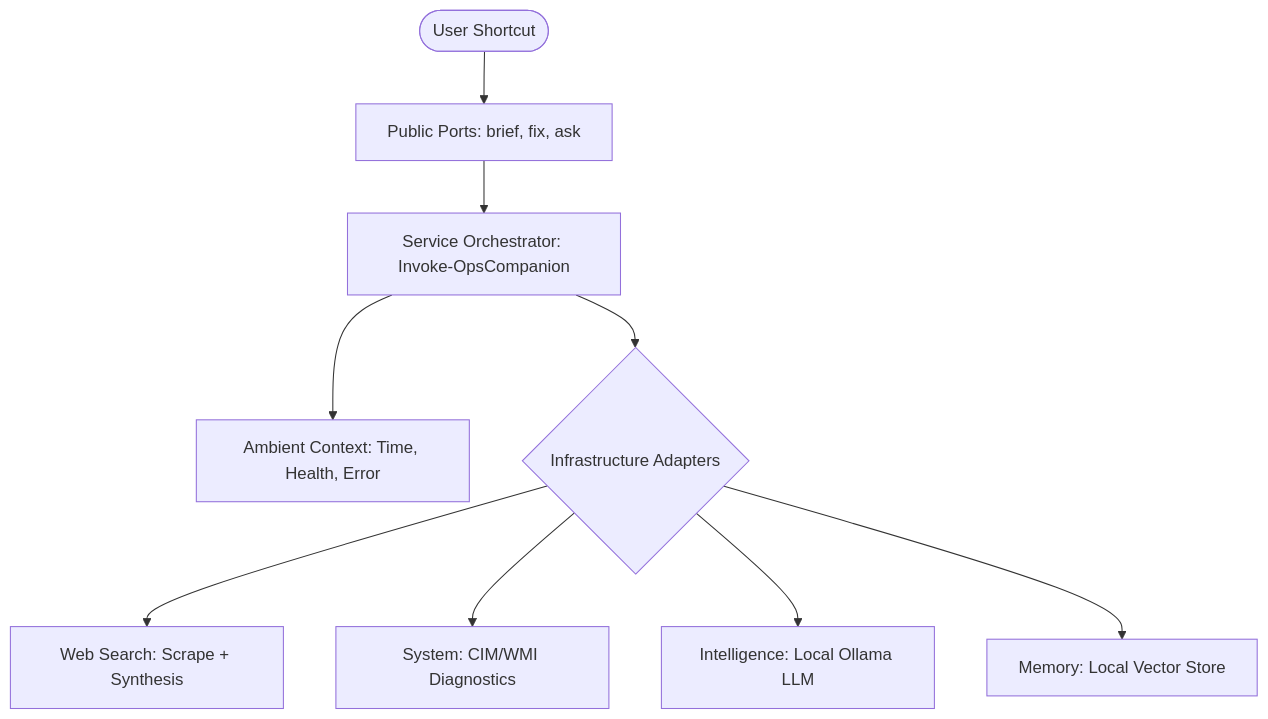
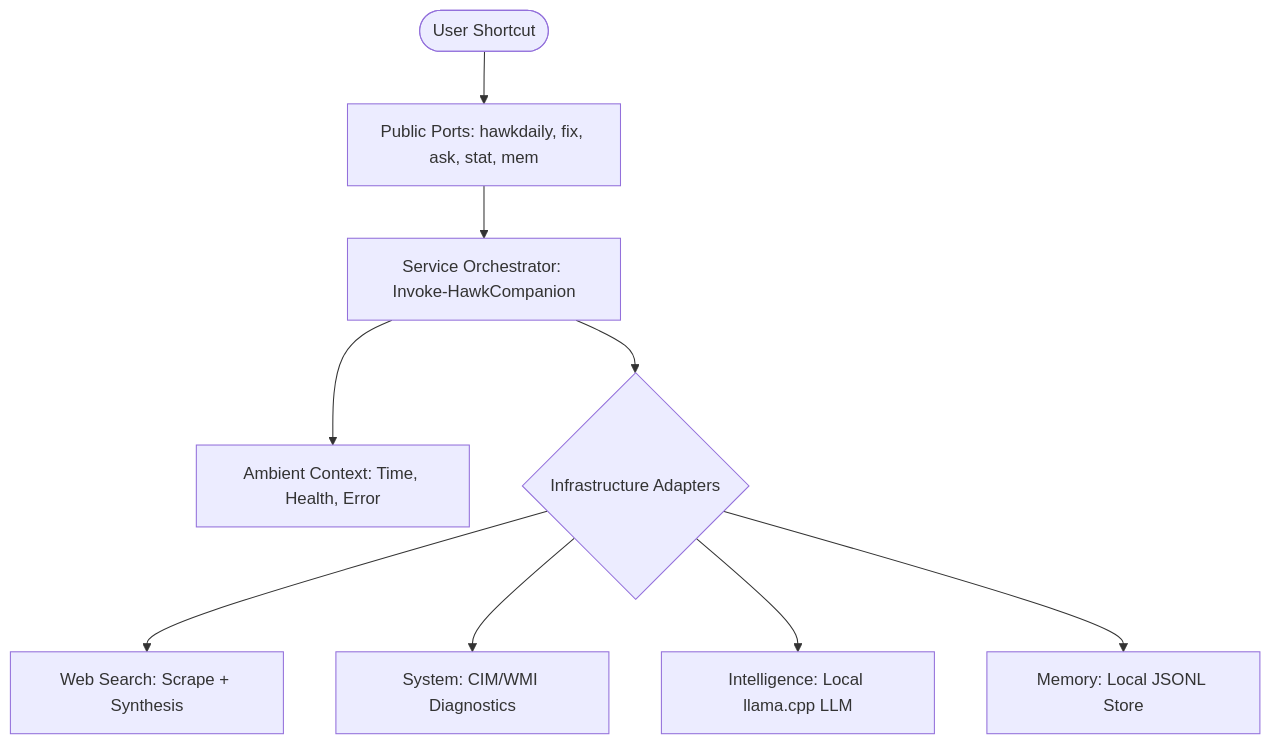
One commit to shahriarhaqueabir/PowershellOps changed the diagram in README.md. Above: the diagram before and after it, drawn with Mermaid. The commit also changed other lines of this file and 67 other files, not shown here.

````diff
--- a/README.md
+++ b/README.md
@@ -92,11 +120,11 @@
 ```mermaid
 graph TD
-    User([User Shortcut]) --> Ports[Public Ports: brief, fix, ask]
-    Ports --> Service[Service Orchestrator: Invoke-OpsCompanion]
+    User([User Shortcut]) --> Ports[Public Ports: hawkdaily, fix, ask, stat, mem]
+    Ports --> Service[Service Orchestrator: Invoke-HawkCompanion]
     Service --> Context[Ambient Context: Time, Health, Error]
     Service --> Adapters{Infrastructure Adapters}
     Adapters --> Web[Web Search: Scrape + Synthesis]
     Adapters --> CIM[System: CIM/WMI Diagnostics]
-    Adapters --> AI[Intelligence: Local Ollama LLM]
-    Adapters --> Memory[Memory: Local Vector Store]
+    Adapters --> AI[Intelligence: Local llama.cpp LLM]
+    Adapters --> Memory[Memory: Local JSONL Store]
 ```
````
